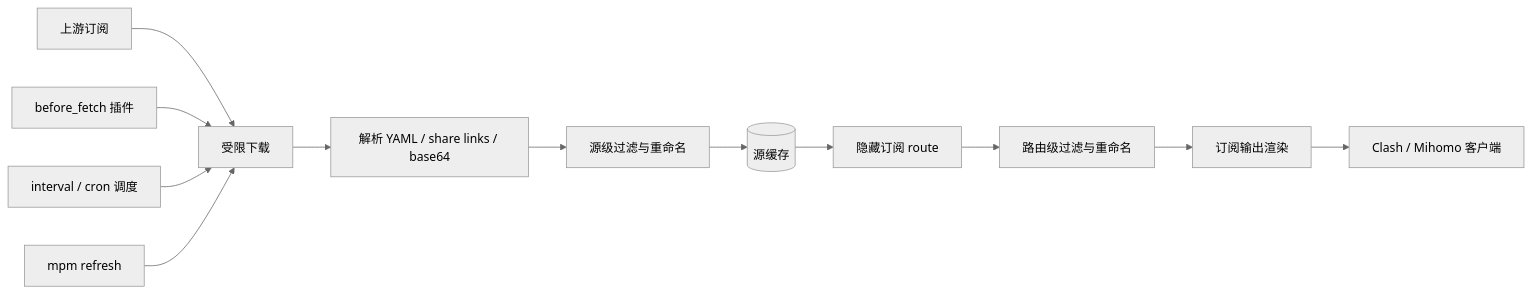
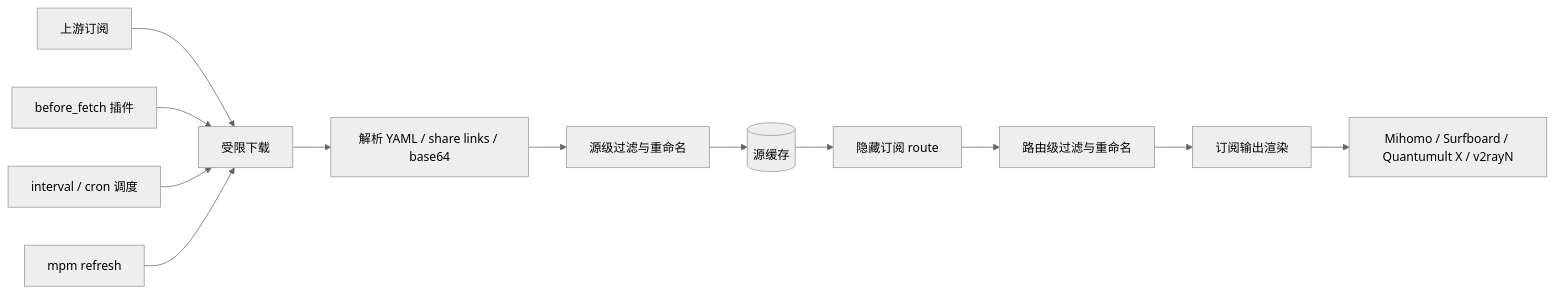
The diagram in README.md (nerdneilsfield/mihomo-proxy-manager), drawn with Mermaid (neutral theme) before and after one commit. The commit also changed other lines of this file and 1 other file, not shown here.

````diff
--- a/README.md
+++ b/README.md
@@ -502,15 +583,15 @@
 ```mermaid
 flowchart LR
   upstream[上游订阅] --> fetcher[受限下载]
   plugin[before_fetch 插件] --> fetcher
   scheduler[interval / cron 调度] --> fetcher
   cli[mpm refresh] --> fetcher
 
   fetcher --> parser[解析 YAML / share links / base64]
   parser --> sourceTransform[源级过滤与重命名]
   sourceTransform --> cache[(源缓存)]
   cache --> route[隐藏订阅 route]
   route --> routeTransform[路由级过滤与重命名]
   routeTransform --> renderer[订阅输出渲染]
-  renderer --> client[Clash / Mihomo 客户端]
+  renderer --> client[Mihomo / Surfboard / Quantumult X / v2rayN]
 ```
````
